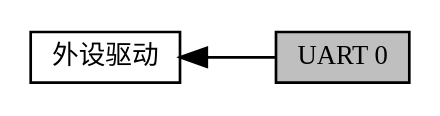
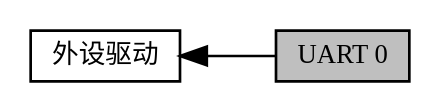
One commit to cuishengen/cuishengen.github.io changed the diagram in group__mwv__if__uart.dot. Above: the diagram before and after it, drawn with Graphviz. The commit also changed 212 other files, not shown here.

```diff
--- a/group__mwv__if__uart.dot
+++ b/group__mwv__if__uart.dot
@@ -1,9 +1,9 @@
 digraph "UART 0"
 {
   edge [fontname="黑体",fontsize="10",labelfontname="黑体",labelfontsize="10"];
-  node [fontname="黑体",fontsize="10",shape=record];
+  node [fontname="黑体",fontsize="10",shape=box];
   rankdir=LR;
-  Node1 [label="外设驱动",height=0.2,width=0.4,color="black", fillcolor="white", style="filled",URL="$group__mwv__service__hardware.html",tooltip="提供基本的硬件操作服务，例如串口、定时器、模数转换 "];
-  Node0 [label="UART 0",height=0.2,width=0.4,color="black", fillcolor="grey75", style="filled", fontcolor="black"];
+  Node1 [label="外设驱动",height=0.2,width=0.4,color="black", fillcolor="white", style="filled",URL="$group__mwv__service__hardware.html",tooltip="提供基本的硬件操作服务，例如串口、定时器、模数转换"];
+  Node0 [label="UART 0",height=0.2,width=0.4,color="black", fillcolor="grey75", style="filled", fontcolor="black",tooltip=" "];
   Node1->Node0 [shape=plaintext, dir="back", style="solid"];
 }
```
